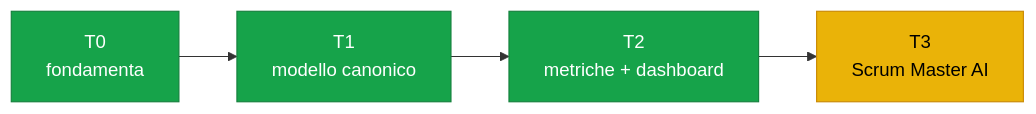
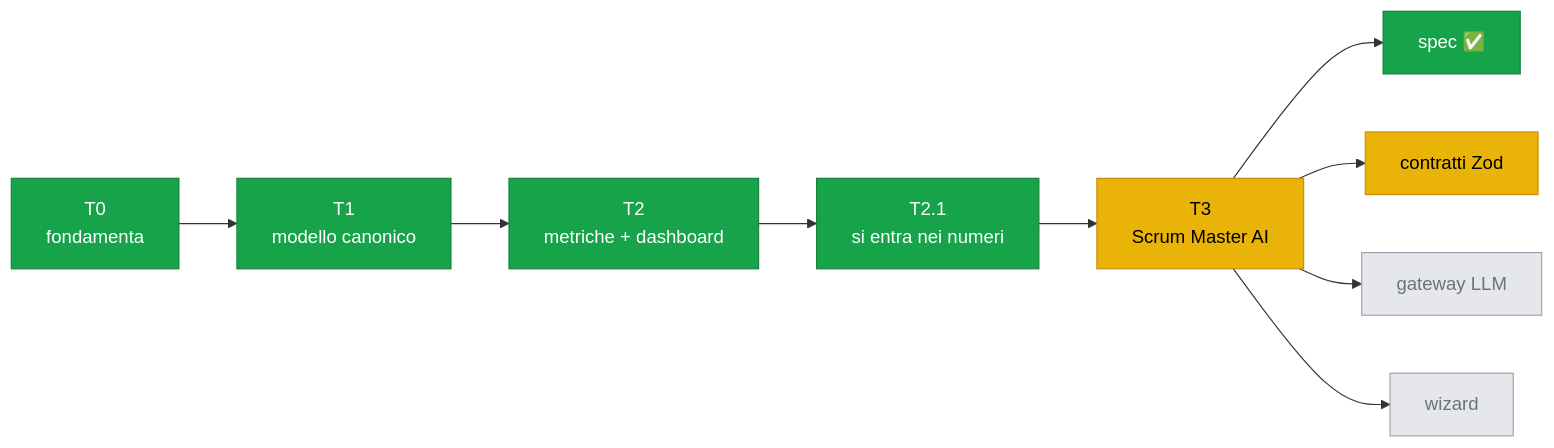
Before and after one commit to dibari62/scrum-master-ai: the third of 3 diagrams in docs/stato-progetto.md, drawn with Mermaid. The commit also changed other lines of this file and 10 other files, not shown here.

First line of the commit message:
feat(domain): contratti Zod di T3 — ScrumAgent, contesto e registro

````diff
--- a/docs/stato-progetto.md
+++ b/docs/stato-progetto.md
@@ -117,12 +120,19 @@
 ```mermaid
 graph LR
     A["T0<br/>fondamenta"] --> B["T1<br/>modello canonico"]
     B --> C["T2<br/>metriche + dashboard"]
-    C --> D["T3<br/>Scrum Master AI"]
+    C --> C1["T2.1<br/>si entra nei numeri"]
+    C1 --> D["T3<br/>Scrum Master AI"]
+    D --> D1["spec ✅"]
+    D --> D2["contratti Zod"]
+    D --> D3["gateway LLM"]
+    D --> D4["wizard"]
 
     classDef fatto fill:#16a34a,stroke:#15803d,color:#fff
     classDef prossimo fill:#eab308,stroke:#ca8a04,color:#000
+    classDef todo fill:#e5e7eb,stroke:#9ca3af,color:#6b7280
 
-    class A,B,C fatto
-    class D prossimo
+    class A,B,C,C1,D1 fatto
+    class D,D2 prossimo
+    class D3,D4 todo
 ```
````
